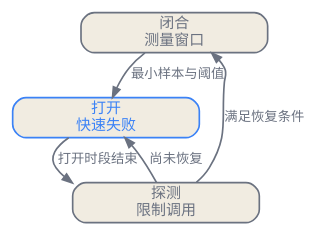
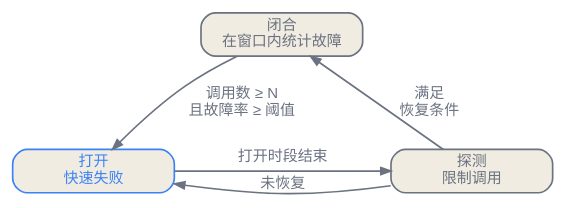
One commit to latere-ai/ai-as-an-infrastructure changed the second of 2 diagrams in zh/practice/10-reliability-nondeterministic.qmd. Above: the diagram before and after it, drawn with Graphviz. The commit also changed other lines of this file and 5 other files, not shown here.

````diff
--- a/zh/practice/10-reliability-nondeterministic.qmd
+++ b/zh/practice/10-reliability-nondeterministic.qmd
@@ -200,19 +180,19 @@
 ```{dot}
 //| label: fig-reliability-breaker
 //| fig-cap: "熔断器限制对故障依赖的调用。它的转换策略包括测量窗口与最小样本、有界的打开时段、受限探测，以及明确的恢复条件。"
 digraph breaker {
   bgcolor="transparent";
-  size="3.0,8.0";
   rankdir=TB;
-  nodesep=0.18; ranksep=0.25;
-  node [shape=box, style="rounded,filled", fontname="Helvetica", fontsize=9, color="#6b7280", fontcolor="#6b7280", fillcolor="#f1ece1", width=1.55, height=0.34, margin="0.05,0.03"];
-  edge [fontname="Helvetica", fontsize=8, color="#6b7280", fontcolor="#6b7280", arrowsize=0.6];
-  closed [label="闭合\n测量窗口"];
+  nodesep=0.9; ranksep=0.5;
+  node [shape=box, style="rounded,filled", fontname="Helvetica", fontsize=9, color="#6b7280", fontcolor="#6b7280", fillcolor="#f1ece1", width=1.35, height=0.36, margin="0.06,0.04"];
+  edge [fontname="Helvetica", fontsize=9, color="#6b7280", fontcolor="#6b7280", arrowsize=0.6];
+  closed [label="闭合\n在窗口内统计故障"];
   open [label="打开\n快速失败", color="#3b82f6", fontcolor="#3b82f6"];
   probe [label="探测\n限制调用"];
-  closed -> open [label="最小样本与阈值"];
+  {rank=same; open; probe}
+  closed -> open [label="调用数 ≥ N\n且故障率 ≥ 阈值"];
   open -> probe [label="打开时段结束"];
-  probe -> closed [label="满足恢复条件"];
-  probe -> open [label="尚未恢复"];
+  probe -> open [label="未恢复"];
+  probe -> closed [label="满足\n恢复条件"];
 }
 ```
````
